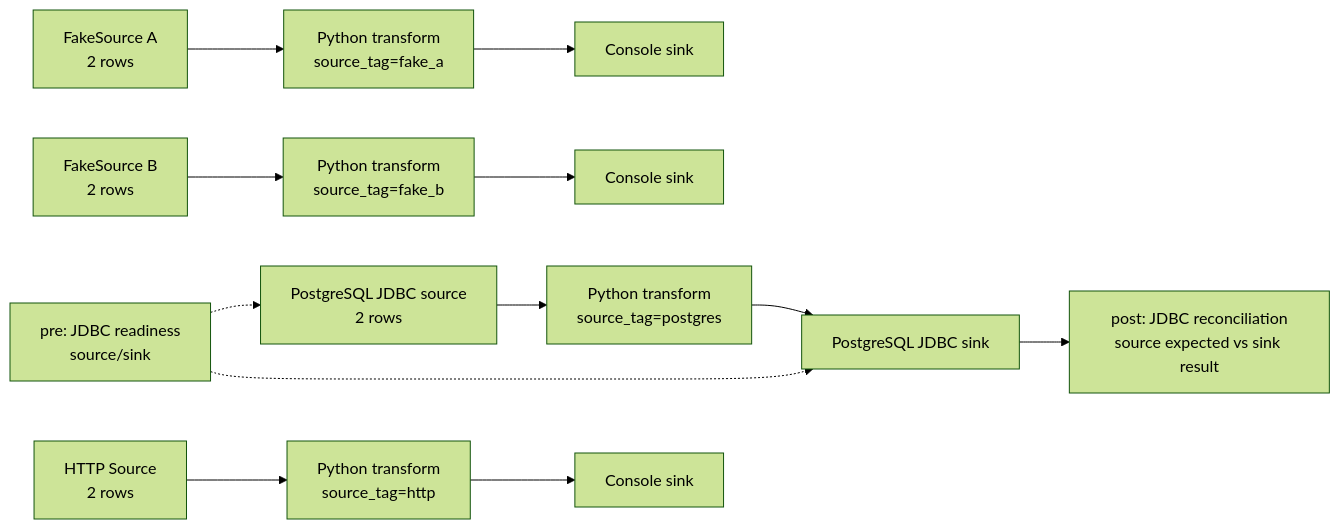
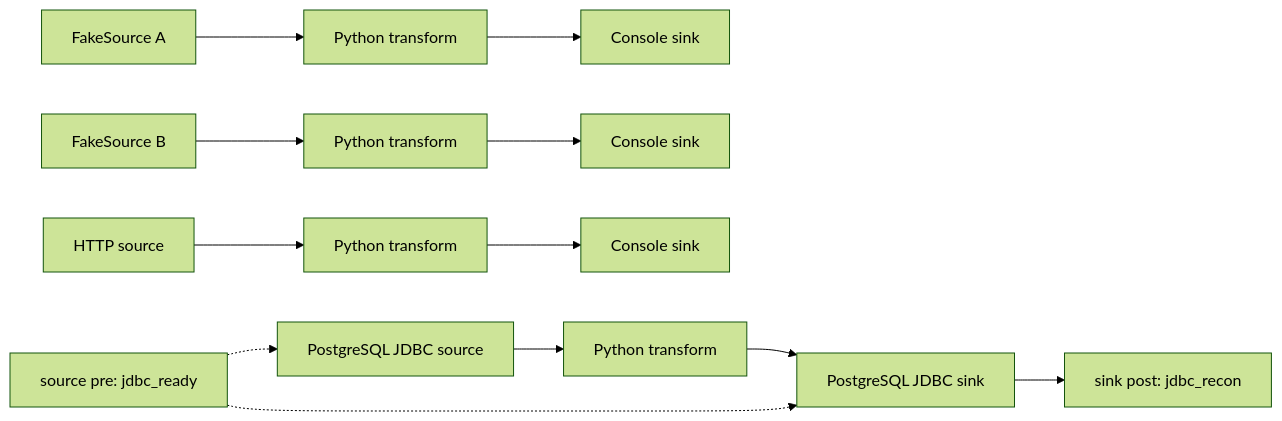
One commit to Xuxiaotuan/seatunnel changed the first of 2 diagrams in README.md. Above: the diagram before and after it, drawn with Mermaid (forest theme). The commit also changed other lines of this file, not shown here.

Commit message:
[Docs] Document Flink Python transform validation

````diff
--- a/README.md
+++ b/README.md
@@ -9,14 +24,10 @@
 ```mermaid
 flowchart LR
-    F1["FakeSource A\n2 rows"] --> P1["Python transform\nsource_tag=fake_a"]
-    F2["FakeSource B\n2 rows"] --> P2["Python transform\nsource_tag=fake_b"]
-    PG["PostgreSQL JDBC source\n2 rows"] --> P3["Python transform\nsource_tag=postgres"]
-    HTTP["HTTP Source\n2 rows"] --> P4["Python transform\nsource_tag=http"]
-    P1 --> C1["Console sink"]
-    P2 --> C2["Console sink"]
-    P4 --> C3["Console sink"]
-    P3 --> DB["PostgreSQL JDBC sink"]
-    PRE["pre: JDBC readiness\nsource/sink"] -.-> PG
-    PRE -.-> DB
-    DB --> POST["post: JDBC reconciliation\nsource expected vs sink result"]
+    F1["FakeSource A"] --> T1["Python transform"] --> C1["Console sink"]
+    F2["FakeSource B"] --> T2["Python transform"] --> C2["Console sink"]
+    PG["PostgreSQL JDBC source"] --> T3["Python transform"] --> DB["PostgreSQL JDBC sink"]
+    HTTP["HTTP source"] --> T4["Python transform"] --> C3["Console sink"]
+    READY["source pre: jdbc_ready"] -.-> PG
+    READY -.-> DB
+    DB --> RECON["sink post: jdbc_recon"]
 ```
````
